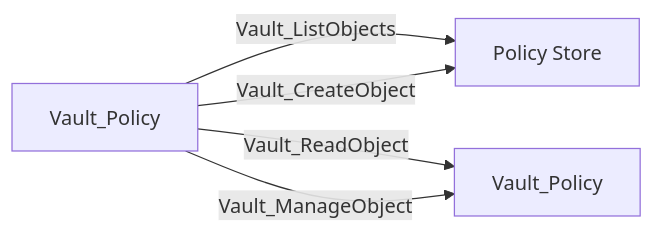
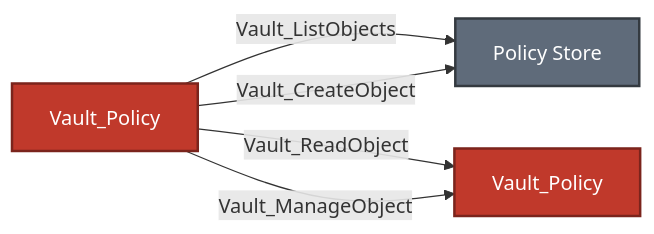
One commit to bytewreck/opengraph-vault changed the third of 6 diagrams in Documentation/stores/POLICIES.md. Above: the diagram before and after it, drawn with Mermaid. The commit also changed other lines of this file and 4 other files, not shown here.

````diff
--- a/Documentation/stores/POLICIES.md
+++ b/Documentation/stores/POLICIES.md
@@ -52,7 +65,10 @@
 ```mermaid
 flowchart LR
-    admin[Vault_Policy] -->|Vault_ListObjects| store[Policy Store]
+    admin[Vault_Policy]:::policyNode -->|Vault_ListObjects| store[Policy Store]:::storeNode
     admin -->|Vault_CreateObject| store
-    admin -->|Vault_ReadObject| target[Vault_Policy]
+    admin -->|Vault_ReadObject| target[Vault_Policy]:::policyNode
     admin -->|Vault_ManageObject| target
+
+    classDef policyNode fill:#C0392B,color:#fff,stroke:#7B241C,stroke-width:2px
+    classDef storeNode fill:#5F6B7A,color:#fff,stroke:#343A40,stroke-width:2px
 ```
````
